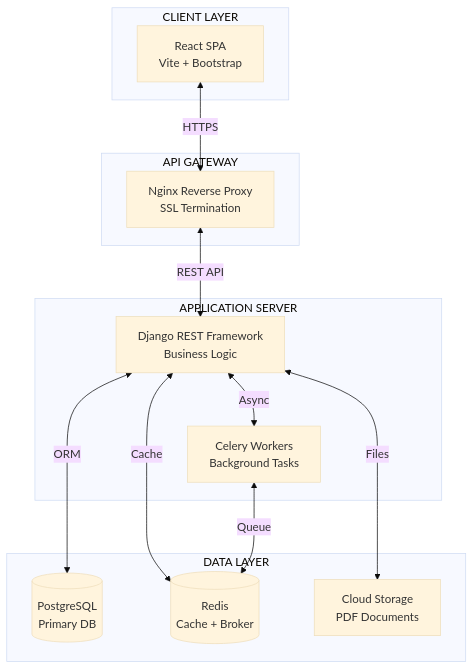
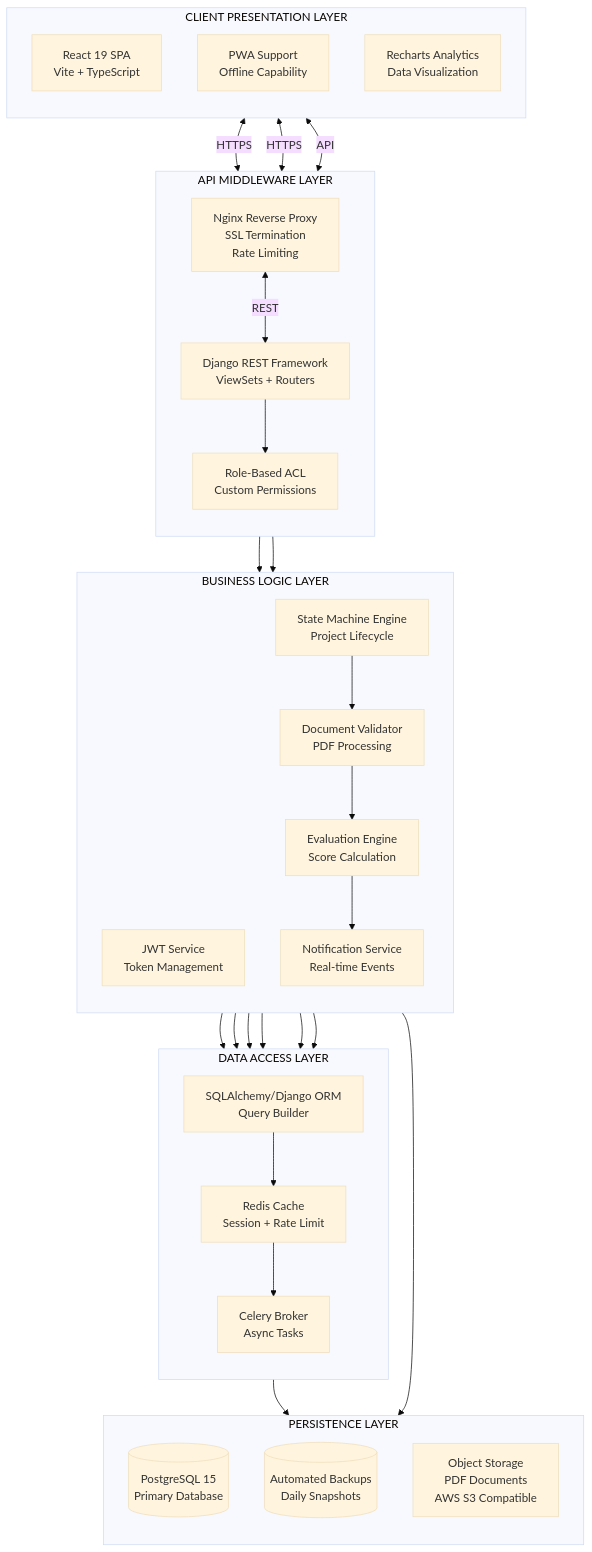
One commit to Lagmouchyoussef/PFE-Navigator changed the first of 11 diagrams in README.md. Above: the diagram before and after it, drawn with Mermaid (base theme). The commit also changed other lines of this file, not shown here.

````diff
--- a/README.md
+++ b/README.md
@@ -38,29 +47,60 @@
 ```mermaid
 graph TB
-    subgraph "CLIENT LAYER"
-        UI[React SPA<br/>Vite + Bootstrap]
+    subgraph "CLIENT PRESENTATION LAYER"
+        direction TB
+        WEB[React 19 SPA<br/>Vite + TypeScript]
+        PWA[PWA Support<br/>Offline Capability]
+        CHARTS[Recharts Analytics<br/>Data Visualization]
     end
     
-    subgraph "API GATEWAY"
-        NGINX[Nginx Reverse Proxy<br/>SSL Termination]
+    subgraph "API MIDDLEWARE LAYER"
+        direction TB
+        NGINX[Nginx Reverse Proxy<br/>SSL Termination<br/>Rate Limiting]
+        GATEWAY[Django REST Framework<br/>ViewSets + Routers]
+        PERM[Role-Based ACL<br/>Custom Permissions]
     end
     
-    subgraph "APPLICATION SERVER"
-        Django[Django REST Framework<br/>Business Logic]
-        Celery[Celery Workers<br/>Background Tasks]
+    subgraph "BUSINESS LOGIC LAYER"
+        direction TB
+        AUTH[JWT Service<br/>Token Management]
+        WORKFLOW[State Machine Engine<br/>Project Lifecycle]
+        VALIDATION[Document Validator<br/>PDF Processing]
+        GRADING[Evaluation Engine<br/>Score Calculation]
+        NOTIFY[Notification Service<br/>Real-time Events]
     end
     
-    subgraph "DATA LAYER"
-        PG[(PostgreSQL<br/>Primary DB)]
-        REDIS[(Redis<br/>Cache + Broker)]
-        STORAGE[Cloud Storage<br/>PDF Documents]
+    subgraph "DATA ACCESS LAYER"
+        direction TB
+        ORM[SQLAlchemy/Django ORM<br/>Query Builder]
+        CACHE[Redis Cache<br/>Session + Rate Limit]
+        QUEUE[Celery Broker<br/>Async Tasks]
     end
     
-    UI <-- HTTPS --> NGINX
-    NGINX <-- REST API --> Django
-    Django <-- Async --> Celery
-    Django <-- ORM --> PG
-    Django <-- Cache --> REDIS
-    Django <-- Files --> STORAGE
-    Celery <-- Queue --> REDIS
+    subgraph "PERSISTENCE LAYER"
+        direction TB
+        PG[(PostgreSQL 15<br/>Primary Database)]
+        BACKUP[(Automated Backups<br/>Daily Snapshots)]
+        STORAGE[Object Storage<br/>PDF Documents<br/>AWS S3 Compatible]
+    end
+    
+    WEB <-- HTTPS --> NGINX
+    PWA <-- HTTPS --> NGINX
+    CHARTS <-- API --> GATEWAY
+    NGINX <-- REST --> GATEWAY
+    GATEWAY --> PERM
+    PERM --> AUTH
+    PERM --> WORKFLOW
+    WORKFLOW --> VALIDATION
+    VALIDATION --> GRADING
+    GRADING --> NOTIFY
+    AUTH --> ORM
+    WORKFLOW --> ORM
+    VALIDATION --> ORM
+    GRADING --> ORM
+    NOTIFY --> ORM
+    ORM --> PG
+    ORM --> CACHE
+    CACHE --> QUEUE
+    NOTIFY --> QUEUE
+    VALIDATION --> STORAGE
 ```
````
